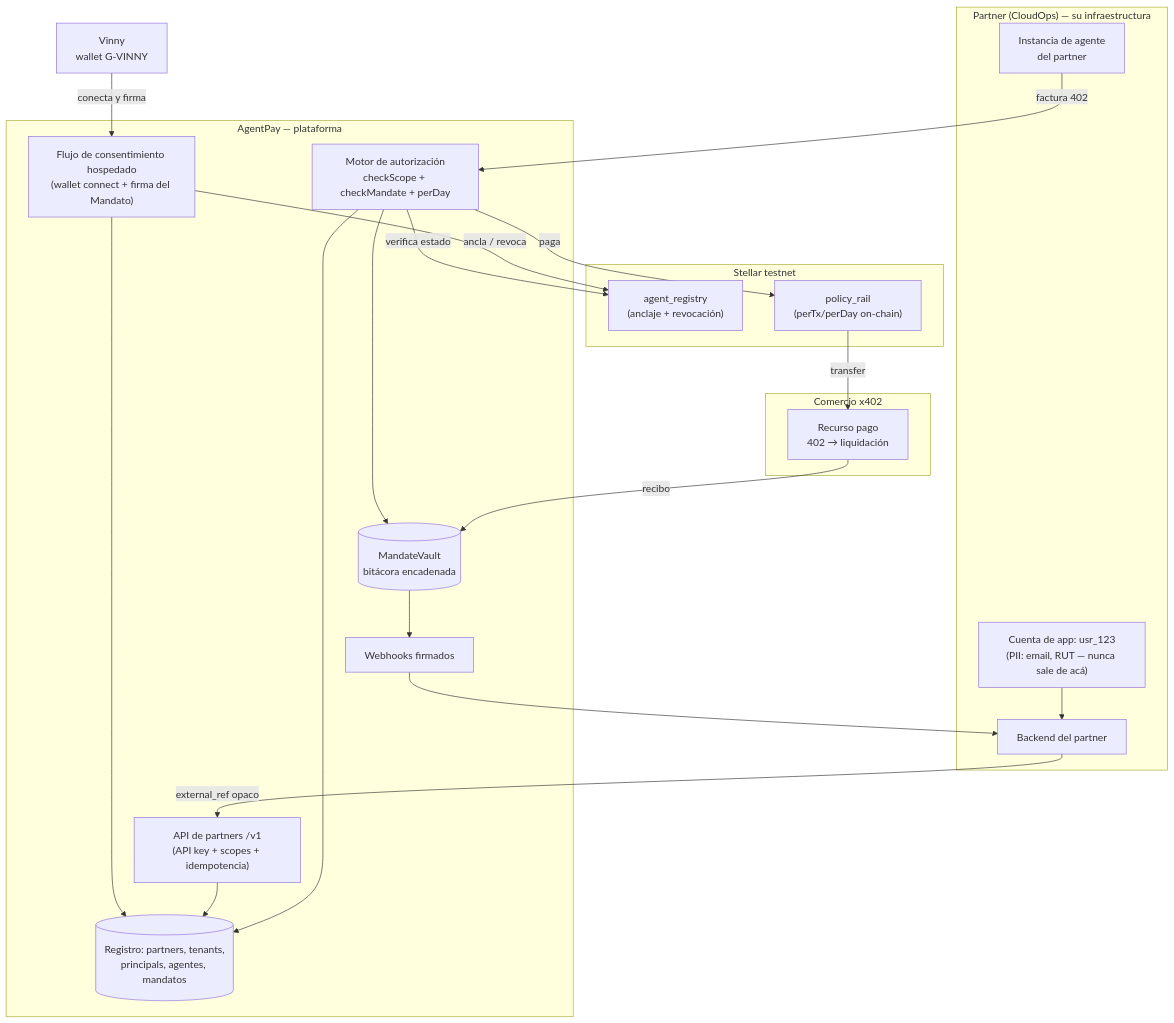
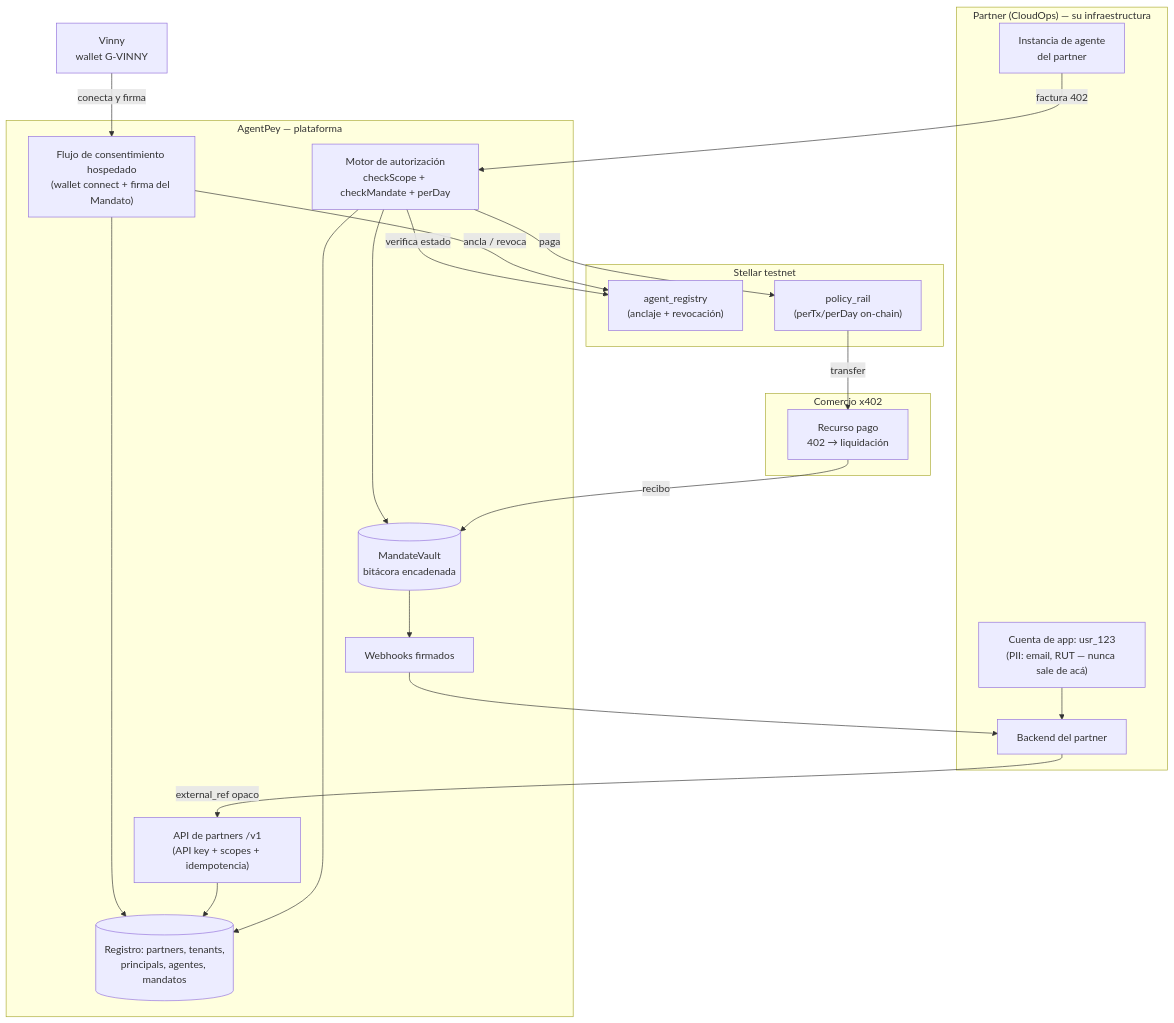
Before and after one commit to vicentewolde/AgentPay: the first of 3 diagrams in docs/fase-6-agentguard-comercializacion/PLATAFORMA-PARTNERS.md, drawn with Mermaid. The commit also changed other lines of this file and 118 other files, not shown here.

````diff
--- a/docs/fase-6-agentguard-comercializacion/PLATAFORMA-PARTNERS.md
+++ b/docs/fase-6-agentguard-comercializacion/PLATAFORMA-PARTNERS.md
@@ -106,44 +106,44 @@
 ```mermaid
 flowchart TB
   subgraph P["Partner (CloudOps) — su infraestructura"]
     PU["Cuenta de app: usr_123<br/>(PII: email, RUT — nunca sale de acá)"]
     PA["Instancia de agente<br/>del partner"]
     PB["Backend del partner"]
   end
 
-  subgraph AP["AgentPay — plataforma"]
+  subgraph AP["AgentPey — plataforma"]
     API["API de partners /v1<br/>(API key + scopes + idempotencia)"]
     HOSTED["Flujo de consentimiento hospedado<br/>(wallet connect + firma del Mandato)"]
     REG[("Registro: partners, tenants,<br/>principals, agentes, mandatos")]
     ENG["Motor de autorización<br/>checkScope + checkMandate + perDay"]
     VAULT[("MandateVault<br/>bitácora encadenada")]
     HOOK["Webhooks firmados"]
   end
 
   subgraph CH["Stellar testnet"]
     AR["agent_registry<br/>(anclaje + revocación)"]
     PR["policy_rail<br/>(perTx/perDay on-chain)"]
   end
 
   subgraph M["Comercio x402"]
     MER["Recurso pago<br/>402 → liquidación"]
   end
 
   VIN["Vinny<br/>wallet G-VINNY"]
 
   PU --> PB
   PB -->|"external_ref opaco"| API
   VIN -->|"conecta y firma"| HOSTED
   HOSTED --> REG
   API --> REG
   PA -->|"factura 402"| ENG
   ENG --> REG
   ENG --> VAULT
   ENG -->|"verifica estado"| AR
   ENG -->|"paga"| PR
   PR -->|"transfer"| MER
   MER -->|"recibo"| VAULT
   HOOK --> PB
   VAULT --> HOOK
   HOSTED -->|"ancla / revoca"| AR
 ```
````
